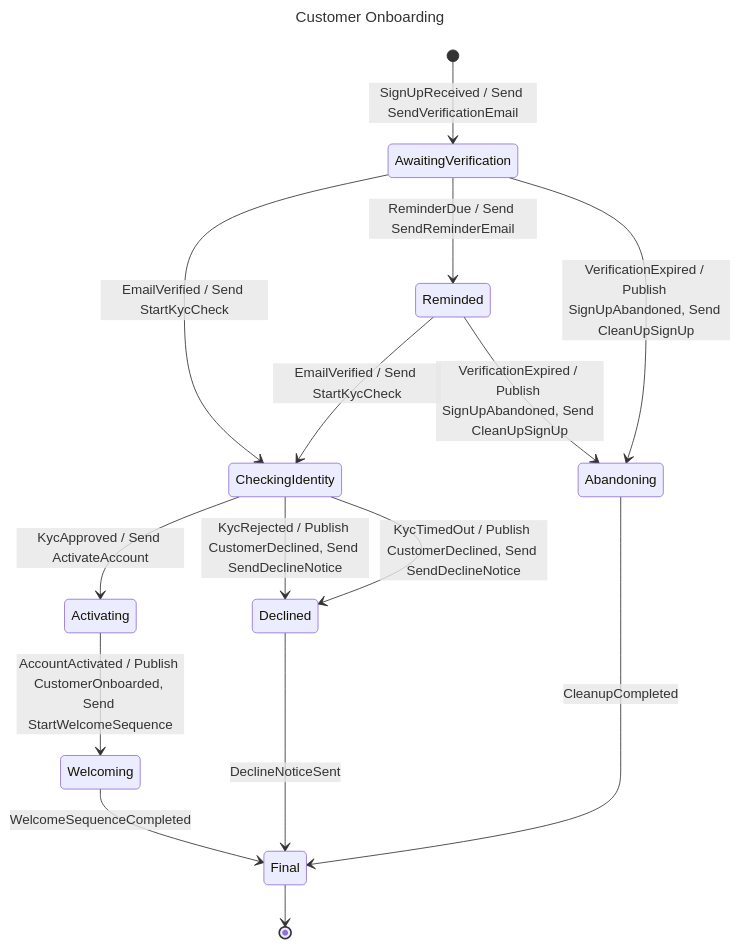
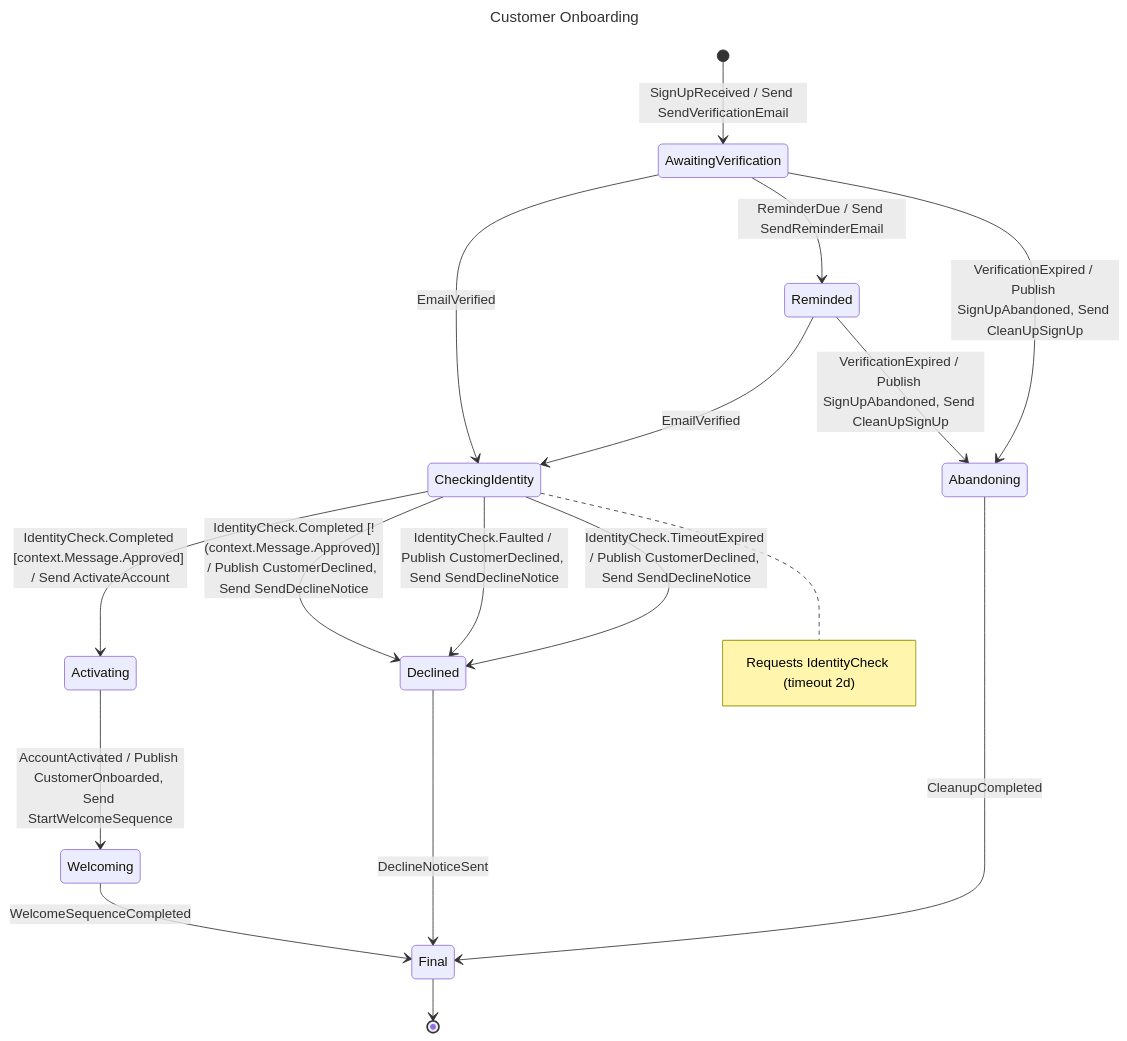
One commit to GravionLabs/ariadne changed the diagram in samples/library/customer-onboarding/customer-onboarding.docs.md. Above: the diagram before and after it, drawn with Mermaid. The commit also changed other lines of this file and 19 other files, not shown here.

````diff
--- a/samples/library/customer-onboarding/customer-onboarding.docs.md
+++ b/samples/library/customer-onboarding/customer-onboarding.docs.md
@@ -5,23 +5,25 @@
 ```mermaid
 ---
 title: "Customer Onboarding"
 ---
 stateDiagram-v2
   accTitle: Customer Onboarding
-  accDescr: 9 states and 13 transitions, from Initial to Final.
+  accDescr: 9 states and 14 transitions, from Initial to Final.
   direction TB
   [*] --> AwaitingVerification : SignUpReceived / Send SendVerificationEmail
-  AwaitingVerification --> CheckingIdentity : EmailVerified / Send StartKycCheck
+  AwaitingVerification --> CheckingIdentity : EmailVerified
   AwaitingVerification --> Reminded : ReminderDue / Send SendReminderEmail
   AwaitingVerification --> Abandoning : VerificationExpired / Publish SignUpAbandoned, Send CleanUpSignUp
-  Reminded --> CheckingIdentity : EmailVerified / Send StartKycCheck
+  Reminded --> CheckingIdentity : EmailVerified
   Reminded --> Abandoning : VerificationExpired / Publish SignUpAbandoned, Send CleanUpSignUp
-  CheckingIdentity --> Activating : KycApproved / Send ActivateAccount
-  CheckingIdentity --> Declined : KycRejected / Publish CustomerDeclined, Send SendDeclineNotice
-  CheckingIdentity --> Declined : KycTimedOut / Publish CustomerDeclined, Send SendDeclineNotice
+  CheckingIdentity --> Activating : IdentityCheck.Completed [context.Message.Approved] / Send ActivateAccount
+  CheckingIdentity --> Declined : IdentityCheck.Completed [!(context.Message.Approved)] / Publish CustomerDeclined, Send SendDeclineNotice
+  CheckingIdentity --> Declined : IdentityCheck.Faulted / Publish CustomerDeclined, Send SendDeclineNotice
+  CheckingIdentity --> Declined : IdentityCheck.TimeoutExpired / Publish CustomerDeclined, Send SendDeclineNotice
   Activating --> Welcoming : AccountActivated / Publish CustomerOnboarded, Send StartWelcomeSequence
   Welcoming --> Final : WelcomeSequenceCompleted
   Abandoning --> Final : CleanupCompleted
   Declined --> Final : DeclineNoticeSent
   Final --> [*]
+  note right of CheckingIdentity : Requests IdentityCheck (timeout 2d)
 ```
````
